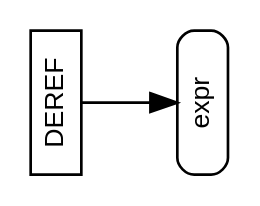
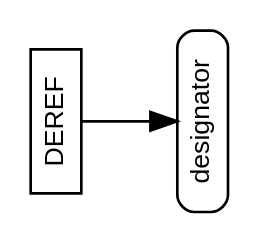
Before and after one commit to m2sf/M2-AST-Node-Diagrams: the diagram in deref.dot, drawn with Graphviz.

Commit message:
new file

```diff
--- a/deref.dot
+++ b/deref.dot
@@ -1,61 +1,61 @@
 /* AST node diagram generator script collection for M2C, M2J and M2Sharp.
  *
  * Copyright (c) 2016 The Modula-2 Software Foundation
  *
  * Author & Maintainer: Benjamin Kowarsch <org.m2sf>
  *
  * @synopsis
  *
  * The M2C, M2J and M2Sharp compilers are multi-dialect Modula-2 translators
  * and compilers respectively targeting C99, Java/JVM and C#/CLR, sharing a
  * common abstract syntax tree (AST) specification.
  *
  * The AST node diagram generator script collection consists of Graphviz DOT
  * descriptions for all AST node types of the common AST specification.
  *
  * The Graphviz dot utility is required to generate the diagrams. 
  * It may be obtained from http://www.graphviz.org/download.php.
  *
  * @repository
  *
  * https://github.com/m2sf/m2-ast-node-diagrams
  *
  * @file
  *
  * deref.dot
  *
  * DEREF node diagram.
  *
  * Usage: $ dot deref.dot -Tps > deref.ps
  *
  * @license
  *
  * This is free software: you can redistribute and/or modify it under the
  * terms of the GNU Lesser General Public License (LGPL) either version 2.1
  * or at your choice version 3 as published by the Free Software Foundation.
  * However, you may not alter the copyright, author and license information.
  *
  * It is distributed in the hope that it will be useful,  but WITHOUT
  * ANY WARRANTY; without even the implied warranty of MERCHANTABILITY or
  * FITNESS FOR A PARTICULAR PURPOSE.  Read the license for more details.
  *
  * You should have received a copy of the GNU Lesser General Public License.
  * If not, see <https://www.gnu.org/copyleft/lesser.html>.
  *
  * NB: Components in the domain part of email addresses are in reverse order.
  */
 
 /*** DEREF Node ***/
 
 digraph DEREF {
   graph [orientation=landscape,fontname=helvetica];
   node [fontname=helvetica,fontsize=10,shape=box,height=0.25];
   
   node [style=solid];
   edge [arrowhead=normal];
   
   DEREF -> id0;
-  id0 [label="expr",style=rounded];
+  id0 [label="designator",style=rounded];
 }
 
 /* END OF FILE */
```
